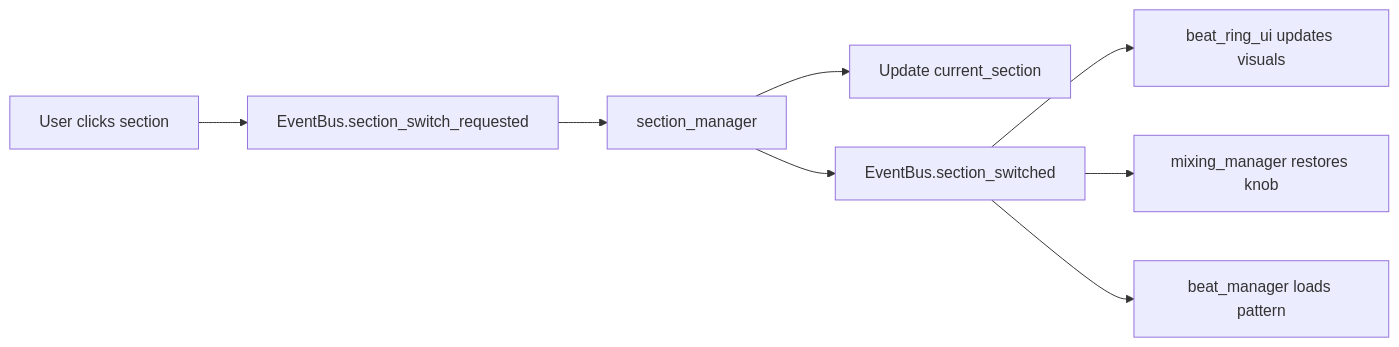
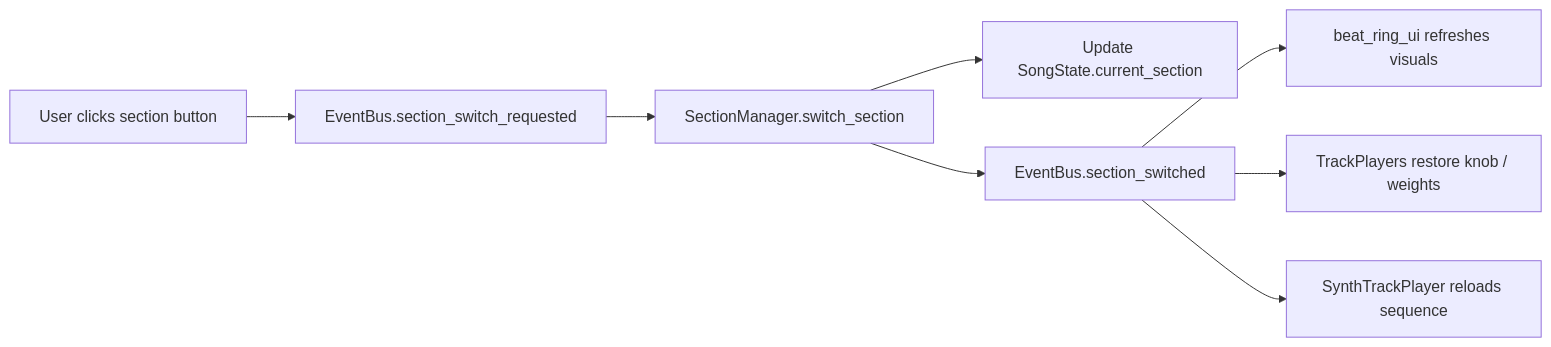
One commit to CatmanJunior/godot-youbeatai-main changed the third of 5 diagrams in Ritme Robot Architecture.md. Above: the diagram before and after it, drawn with Mermaid. The commit also changed other lines of this file and 1 other file, not shown here.

First line of the commit message:
Update architecture.md and create STYLE_GUIDE.md

````diff
--- a/Ritme Robot Architecture.md
+++ b/Ritme Robot Architecture.md
@@ -52,10 +124,10 @@
 ```mermaid
 graph LR
-    A[User clicks section] --> B[EventBus.section_switch_requested]
-    B --> C[section_manager]
-    C --> D[Update current_section]
+    A[User clicks section button] --> B[EventBus.section_switch_requested]
+    B --> C[SectionManager.switch_section]
+    C --> D[Update SongState.current_section]
     C --> E[EventBus.section_switched]
-    E --> F[beat_ring_ui updates visuals]
-    E --> G[mixing_manager restores knob]
-    E --> H[beat_manager loads pattern]
+    E --> F[beat_ring_ui refreshes visuals]
+    E --> G[TrackPlayers restore knob / weights]
+    E --> H[SynthTrackPlayer reloads sequence]
 ```
````
